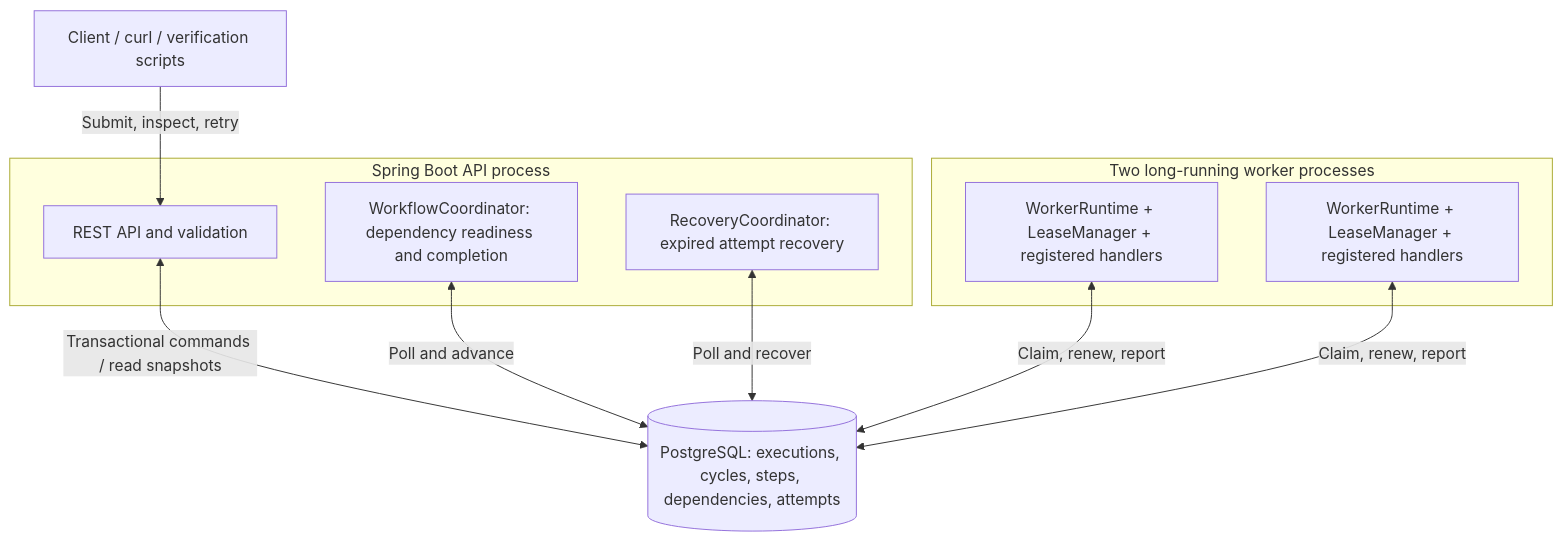
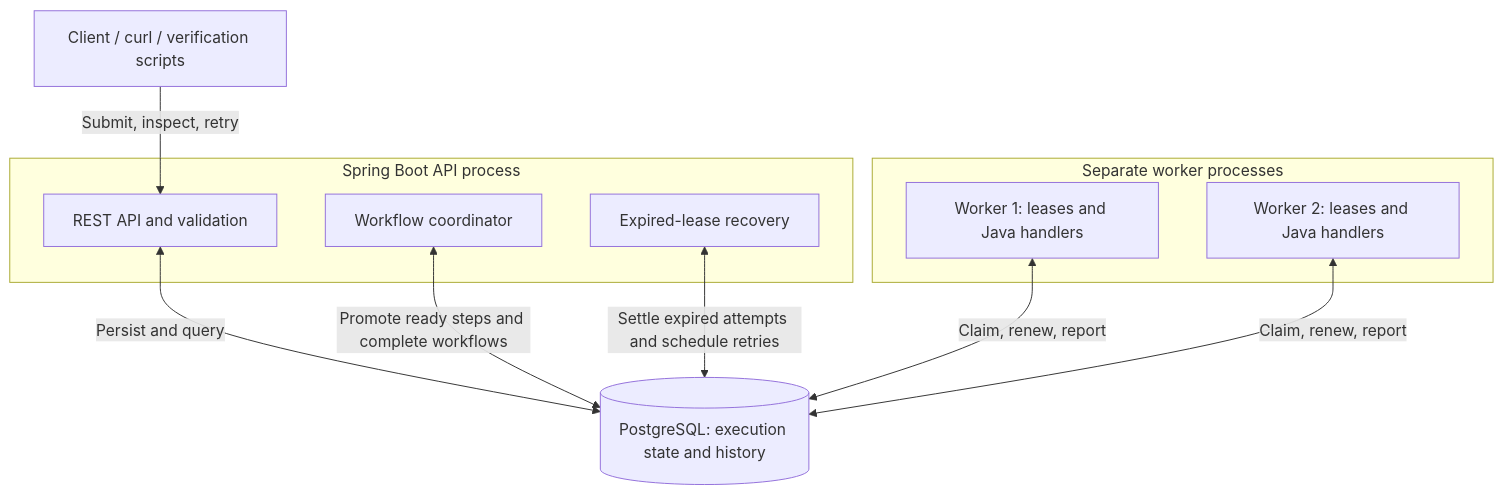
Before and after one commit to hzj112/dwe: the diagram in README.md, drawn with Mermaid. The commit also changed other lines of this file and 3 other files, not shown here.

````diff
--- a/README.md
+++ b/README.md
@@ -13,20 +45,20 @@
 ```mermaid
 flowchart TB
     Client[Client / curl / verification scripts]
     subgraph APIProcess[Spring Boot API process]
         API[REST API and validation]
-        Coordinator[WorkflowCoordinator: dependency readiness and completion]
-        Recovery[RecoveryCoordinator: expired attempt recovery]
+        Coordinator[Workflow coordinator]
+        Recovery[Expired-lease recovery]
     end
-    DB[(PostgreSQL: executions, cycles, steps, dependencies, attempts)]
-    subgraph Workers[Two long-running worker processes]
-        W1[WorkerRuntime + LeaseManager + registered handlers]
-        W2[WorkerRuntime + LeaseManager + registered handlers]
+    DB[(PostgreSQL: execution state and history)]
+    subgraph Workers[Separate worker processes]
+        W1[Worker 1: leases and Java handlers]
+        W2[Worker 2: leases and Java handlers]
     end
     Client -->|Submit, inspect, retry| API
-    API <-->|Transactional commands / read snapshots| DB
-    Coordinator <-->|Poll and advance| DB
-    Recovery <-->|Poll and recover| DB
+    API <-->|Persist and query| DB
+    Coordinator <-->|Promote ready steps and complete workflows| DB
+    Recovery <-->|Settle expired attempts and schedule retries| DB
     W1 <-->|Claim, renew, report| DB
     W2 <-->|Claim, renew, report| DB
 ```
````
